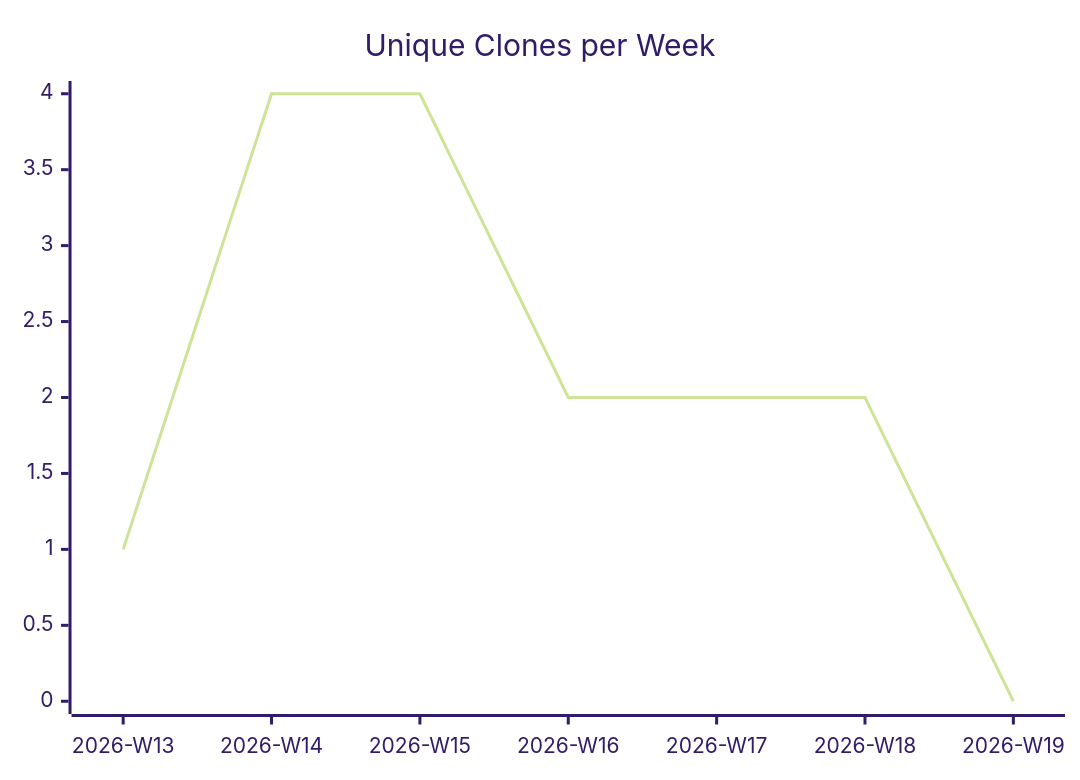
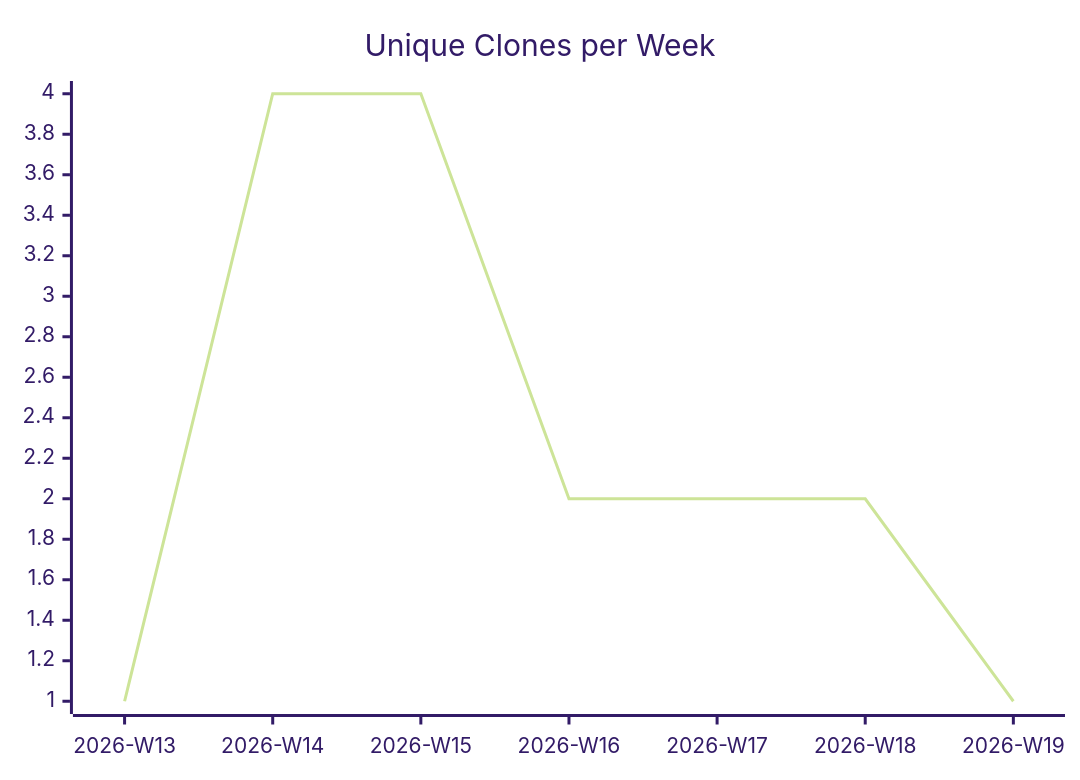
The third of 3 diagrams in karlmdavis/justdavis-puppet/README.md (justdavis-family/github-analytics-data), drawn with Mermaid (forest theme) before and after one commit. The commit also changed other lines of this file and 185 other files, not shown here.

````diff
--- a/karlmdavis/justdavis-puppet/README.md
+++ b/karlmdavis/justdavis-puppet/README.md
@@ -19,6 +19,6 @@
 ```mermaid
 xychart-beta
   title "Unique Clones per Week"
   x-axis ["2026-W13", "2026-W14", "2026-W15", "2026-W16", "2026-W17", "2026-W18", "2026-W19"]
-  line [1, 4, 4, 2, 2, 2, 0]
+  line [1, 4, 4, 2, 2, 2, 1]
 ```
````
